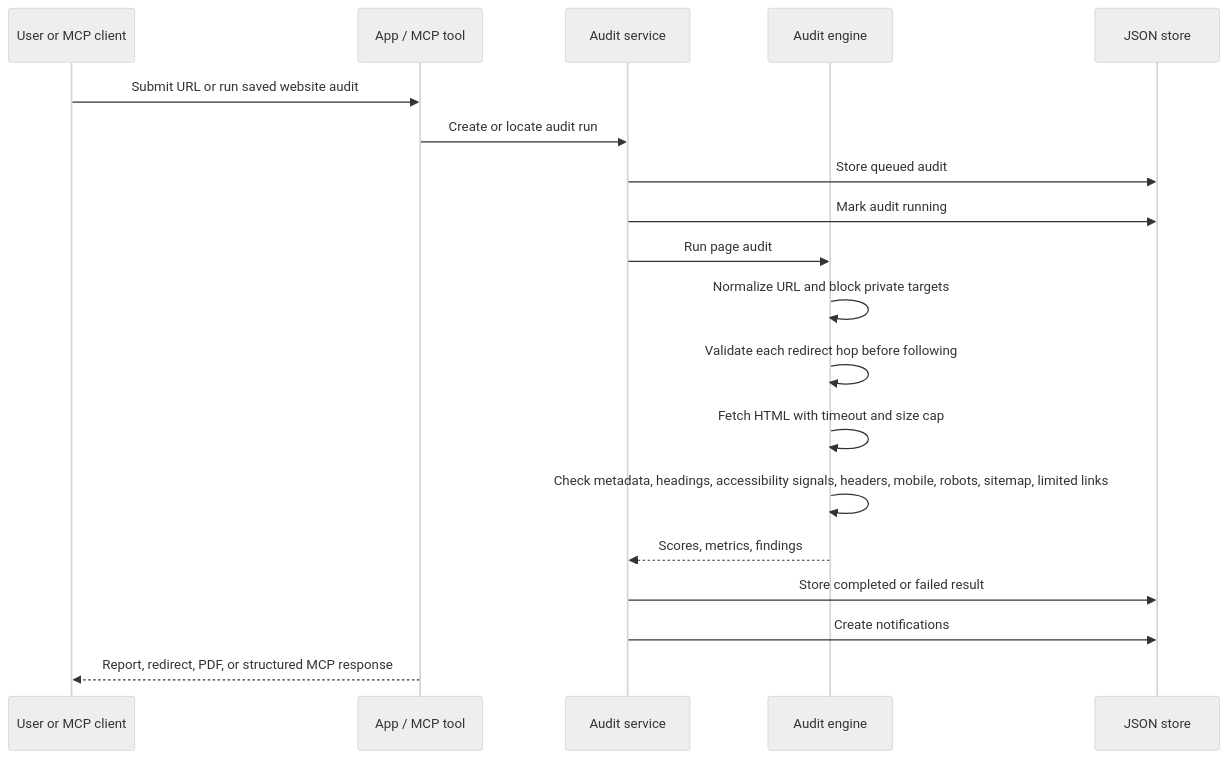
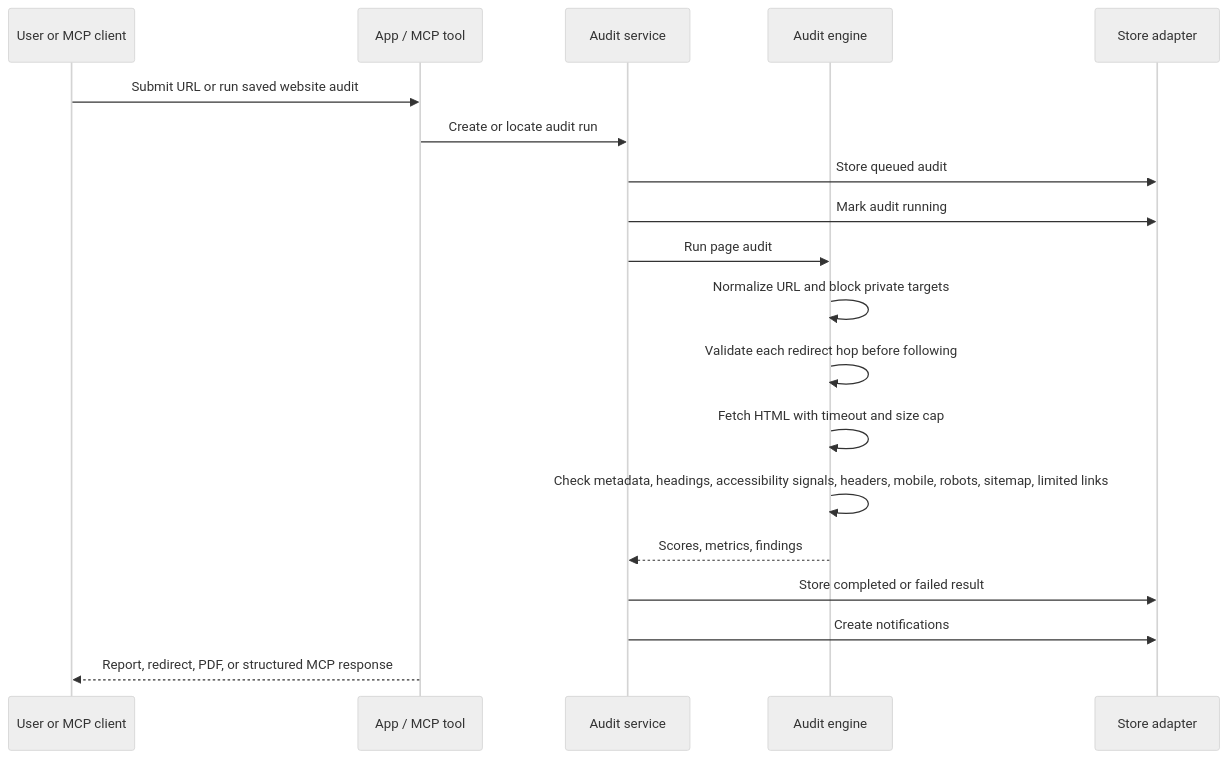
One commit to sayuru-akash/web-audit-mcp changed the second of 3 diagrams in README.md. Above: the diagram before and after it, drawn with Mermaid (neutral theme). The commit also changed other lines of this file and 38 other files, not shown here.

````diff
--- a/README.md
+++ b/README.md
@@ -108,22 +115,22 @@
 ```mermaid
 sequenceDiagram
   participant U as User or MCP client
   participant A as App / MCP tool
   participant S as Audit service
   participant E as Audit engine
-  participant D as JSON store
+  participant D as Store adapter
 
   U->>A: Submit URL or run saved website audit
   A->>S: Create or locate audit run
   S->>D: Store queued audit
   S->>D: Mark audit running
   S->>E: Run page audit
   E->>E: Normalize URL and block private targets
   E->>E: Validate each redirect hop before following
   E->>E: Fetch HTML with timeout and size cap
   E->>E: Check metadata, headings, accessibility signals, headers, mobile, robots, sitemap, limited links
   E-->>S: Scores, metrics, findings
   S->>D: Store completed or failed result
   S->>D: Create notifications
   A-->>U: Report, redirect, PDF, or structured MCP response
 ```
````
